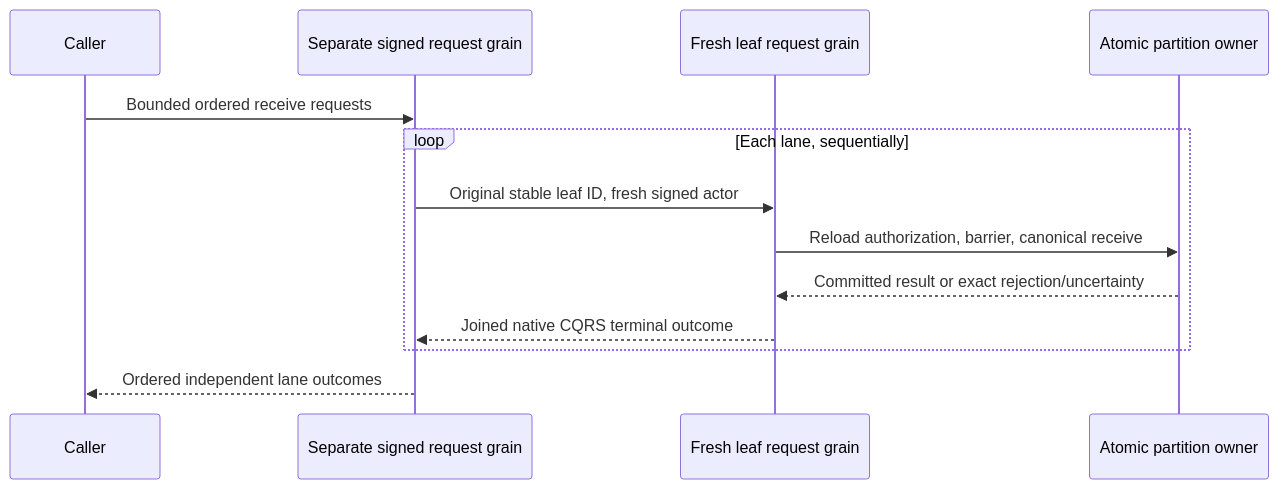
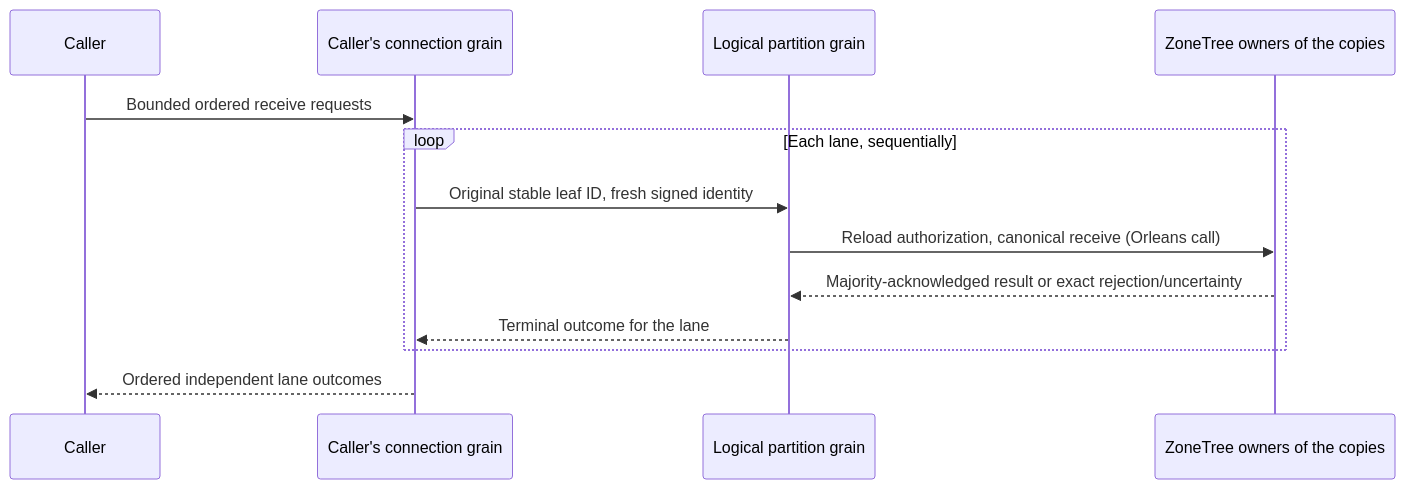
One commit to managedcode/KeyLoad changed the second of 4 diagrams in docs/Features/Messaging.md. Above: the diagram before and after it, drawn with Mermaid. The commit also changed other lines of this file and 7356 other files, not shown here.

First line of the commit message:
Replace custom consensus with native Orleans storage services

````diff
--- a/docs/Features/Messaging.md
+++ b/docs/Features/Messaging.md
@@ -309,15 +98,15 @@
 ```mermaid
 sequenceDiagram
     participant Caller
-    participant R as Separate signed request grain
-    participant L as Fresh leaf request grain
-    participant P as Atomic partition owner
-    Caller->>R: Bounded ordered receive requests
+    participant C as Caller's connection grain
+    participant P as Logical partition grain
+    participant Z as ZoneTree owners of the copies
+    Caller->>C: Bounded ordered receive requests
     loop Each lane, sequentially
-        R->>L: Original stable leaf ID, fresh signed actor
-        L->>P: Reload authorization, barrier, canonical receive
-        P-->>L: Committed result or exact rejection/uncertainty
-        L-->>R: Joined native CQRS terminal outcome
+        C->>P: Original stable leaf ID, fresh signed identity
+        P->>Z: Reload authorization, canonical receive (Orleans call)
+        Z-->>P: Majority-acknowledged result or exact rejection/uncertainty
+        P-->>C: Terminal outcome for the lane
     end
-    R-->>Caller: Ordered independent lane outcomes
+    C-->>Caller: Ordered independent lane outcomes
 ```
````
